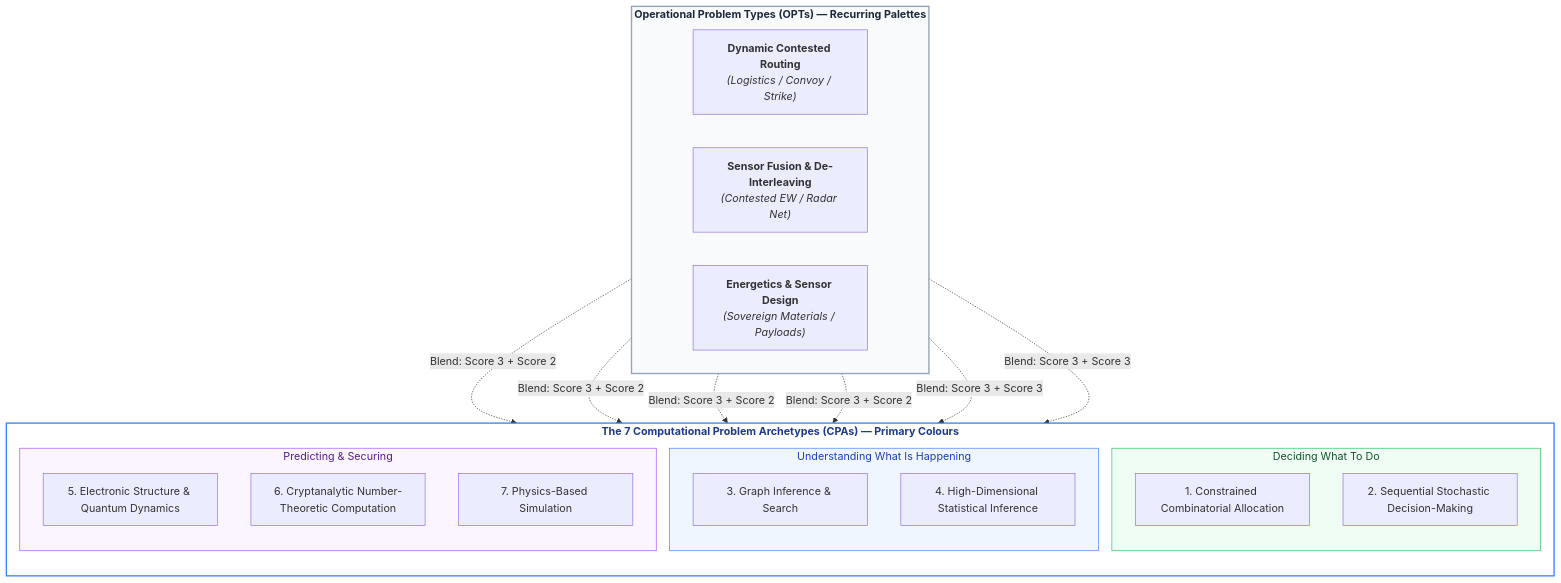
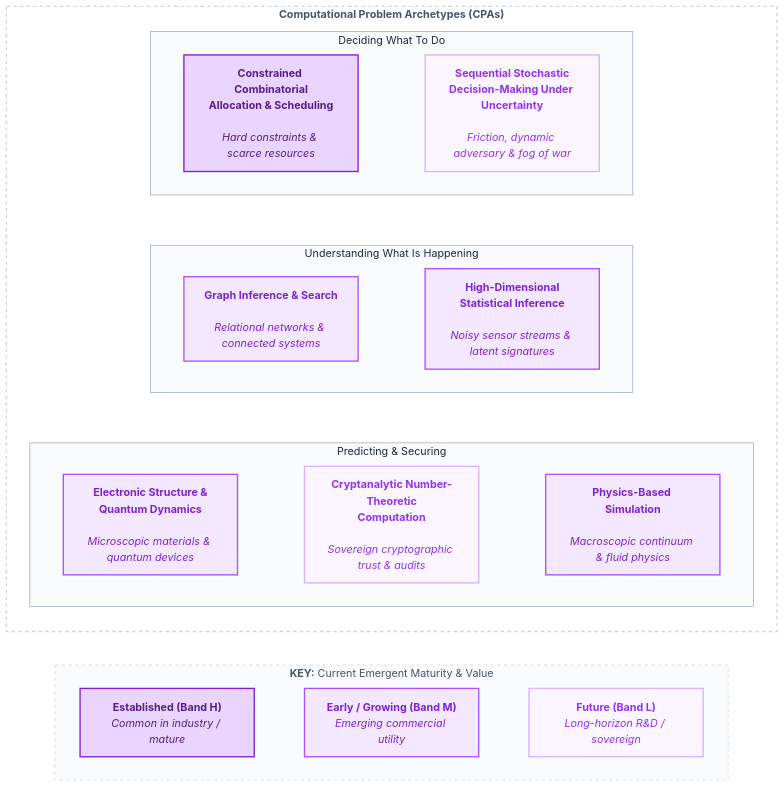
The second of 6 diagrams in quantum/The_Emergent_Algorithmic_Bridge.md (baddogdown/knowledge), drawn with Mermaid before and after one commit. The commit also changed other lines of this file, not shown here.

Commit message:
merging CKFs / CPAs into algo bridge - fixing bad agy update

````diff
--- a/quantum/The_Emergent_Algorithmic_Bridge.md
+++ b/quantum/The_Emergent_Algorithmic_Bridge.md
@@ -142,40 +125,52 @@
 ```mermaid
 flowchart TB
 
-    subgraph OPTS ["<b>Operational Problem Types (OPTs) — Recurring Palettes</b>"]
-        direction LR
-        OPT1["<b>Dynamic Contested Routing</b><br/><i>(Logistics / Convoy / Strike)</i>"]
-        OPT2["<b>Sensor Fusion & De-Interleaving</b><br/><i>(Contested EW / Radar Net)</i>"]
-        OPT3["<b>Energetics & Sensor Design</b><br/><i>(Sovereign Materials / Payloads)</i>"]
+    subgraph CPAS ["<b>Computational Problem Archetypes (CPAs)</b>"]
+        direction TB
+        subgraph DECIDE ["Deciding What To Do"]
+            direction LR
+            CPA1["<b>Constrained Combinatorial<br/>Allocation & Scheduling</b><br/><br/><i>Hard constraints & scarce resources</i>"]
+            CPA2["<b>Sequential Stochastic<br/>Decision-Making Under Uncertainty</b><br/><br/><i>Friction, dynamic adversary & fog of war</i>"]
+            CPA1 ~~~ CPA2
+        end
+        subgraph UNDERSTAND ["Understanding What Is Happening"]
+            direction LR
+            CPA3["<b>Graph Inference & Search</b><br/><br/><i>Relational networks & connected systems</i>"]
+            CPA4["<b>High-Dimensional<br/>Statistical Inference</b><br/><br/><i>Noisy sensor streams & latent signatures</i>"]
+            CPA3 ~~~ CPA4
+        end
+        subgraph PREDICT ["Predicting & Securing"]
+            direction LR
+            CPA5["<b>Electronic Structure &<br/>Quantum Dynamics</b><br/><br/><i>Microscopic materials & quantum devices</i>"]
+            CPA6["<b>Cryptanalytic Number-Theoretic<br/>Computation</b><br/><br/><i>Sovereign cryptographic trust & audits</i>"]
+            CPA7["<b>Physics-Based Simulation</b><br/><br/><i>Macroscopic continuum & fluid physics</i>"]
+            CPA5 ~~~ CPA6 ~~~ CPA7
+        end
+        DECIDE ~~~ UNDERSTAND ~~~ PREDICT
     end
 
-    subgraph CPAS ["<b>The 7 Computational Problem Archetypes (CPAs) — Primary Colours</b>"]
-        direction TB
-        subgraph DECIDE ["Deciding What To Do"]
-            CPA1["1. Constrained Combinatorial Allocation"]
-            CPA2["2. Sequential Stochastic Decision-Making"]
-        end
-        subgraph UNDERSTAND ["Understanding What Is Happening"]
-            CPA3["3. Graph Inference & Search"]
-            CPA4["4. High-Dimensional Statistical Inference"]
-        end
-        subgraph PREDICT ["Predicting & Securing"]
-            CPA5["5. Electronic Structure & Quantum Dynamics"]
-            CPA6["6. Cryptanalytic Number-Theoretic Computation"]
-            CPA7["7. Physics-Based Simulation"]
-        end
+    subgraph KEY ["<b>KEY:</b> Current Emergent Maturity & Value"]
+        direction LR
+        K1["<b>Established (Band H)</b><br/><i>Common in industry / mature</i>"]
+        K2["<b>Early / Growing (Band M)</b><br/><i>Emerging commercial utility</i>"]
+        K3["<b>Future (Band L)</b><br/><i>Long-horizon R&D / sovereign</i>"]
+        K1 ~~~ K2 ~~~ K3
     end
 
-    OPT1 -.->|"Blend: Score 3 + Score 2"| CPA1
-    OPT1 -.->|"Blend: Score 3 + Score 2"| CPA2
-    OPT2 -.->|"Blend: Score 3 + Score 2"| CPA3
-    OPT2 -.->|"Blend: Score 3 + Score 2"| CPA4
-    OPT3 -.->|"Blend: Score 3 + Score 3"| CPA5
-    OPT3 -.->|"Blend: Score 3 + Score 3"| CPA7
+    CPAS ~~~ KEY
 
-    style OPTS fill:#f8fafc,stroke:#94a3b8,stroke-width:2px,color:#1e293b
-    style CPAS fill:#ffffff,stroke:#3b82f6,stroke-width:2px,color:#1e3a8a
-    style DECIDE fill:#f0fdf4,stroke:#22c55e,stroke-width:1px,color:#14532d
-    style UNDERSTAND fill:#eff6ff,stroke:#3b82f6,stroke-width:1px,color:#1e40af
-    style PREDICT fill:#faf5ff,stroke:#a855f7,stroke-width:1px,color:#581c87
+    %% Styling Classes for Maturity
+    classDef strong fill:#e9d5ff,stroke:#7e22ce,stroke-width:2px,color:#581c87
+    classDef medium fill:#f3e8ff,stroke:#a855f7,stroke-width:2px,color:#7e22ce
+    classDef weak fill:#faf5ff,stroke:#d8b4fe,stroke-width:2px,color:#9333ea
+
+    class CPA1,K1 strong
+    class CPA3,CPA4,CPA5,CPA7,K2 medium
+    class CPA2,CPA6,K3 weak
+
+    style CPAS fill:#ffffff,stroke:#cbd5e1,stroke-width:2px,stroke-dasharray: 5 5,color:#475569
+    style DECIDE fill:#f8fafc,stroke:#94a3b8,stroke-width:1px,color:#1e293b
+    style UNDERSTAND fill:#f8fafc,stroke:#94a3b8,stroke-width:1px,color:#1e293b
+    style PREDICT fill:#f8fafc,stroke:#94a3b8,stroke-width:1px,color:#1e293b
+    style KEY fill:#f8fafc,stroke:#cbd5e1,stroke-width:1px,stroke-dasharray: 5 5,color:#475569
 ```
````
